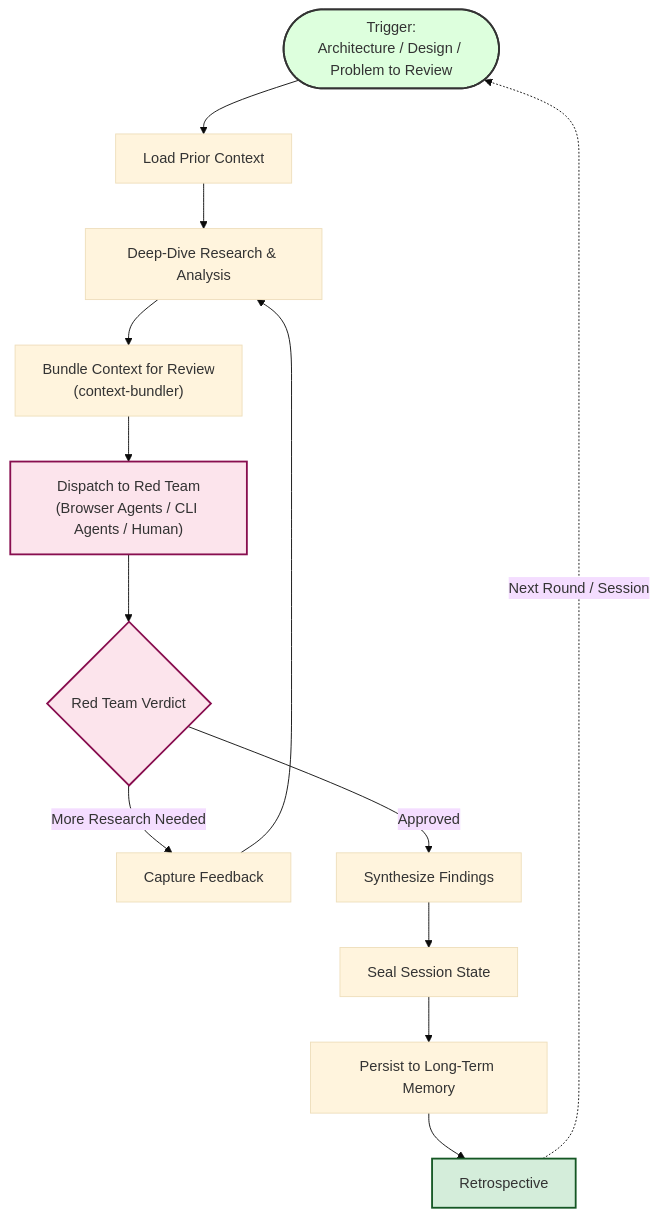
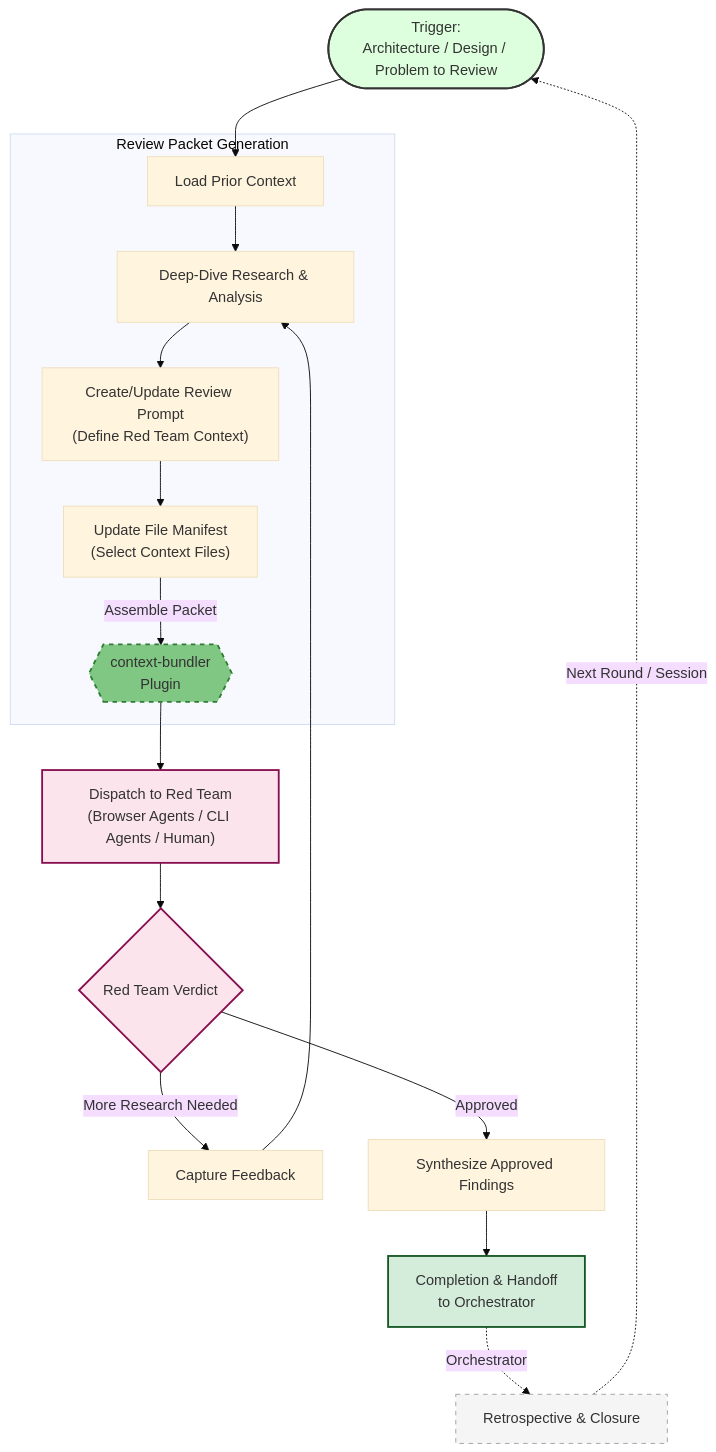
The diagram in plugins/agent-loops/resources/diagrams/red_team_review_loop.mmd (richfrem/InvestmentToolkit), drawn with Mermaid before and after one commit. The commit also changed 192 other files, not shown here.

```diff
--- a/plugins/agent-loops/resources/diagrams/red_team_review_loop.mmd
+++ b/plugins/agent-loops/resources/diagrams/red_team_review_loop.mmd
@@ -1,30 +1,42 @@
 ---
 config:
   theme: base
 ---
 
 %% Pattern 2: Red Team Review Loop
 %% Orchestrated research with iterative adversarial review rounds.
 %% Location: resources/diagrams/red_team_review_loop.mmd
 
 flowchart TB
     Start(["Trigger:<br>Architecture / Design / Problem to Review"])
     Start --> Orient["Load Prior Context"]
-    Orient --> Research["Deep-Dive Research & Analysis"]
-    Research --> Bundle["Bundle Context for Review<br>(context-bundler)"]
-    Bundle --> Dispatch["Dispatch to Red Team<br>(Browser Agents / CLI Agents / Human)"]
+    
+    subgraph Execution["Review Packet Generation"]
+        Research["Deep-Dive Research & Analysis"]
+        Prompt["Create/Update Review Prompt<br>(Define Red Team Context)"]
+        Manifest["Update File Manifest<br>(Select Context Files)"]
+        Bundler{{"context-bundler<br>Plugin"}}
+        
+        Orient --> Research
+        Research --> Prompt
+        Prompt --> Manifest
+        Manifest -->|Assemble Packet| Bundler
+    end
+    
+    Bundler --> Dispatch["Dispatch to Red Team<br>(Browser Agents / CLI Agents / Human)"]
 
     Dispatch --> Review{"Red Team Verdict"}
     Review -- "More Research Needed" --> Feedback["Capture Feedback"]
     Feedback --> Research
-    Review -- "Approved" --> Synthesize["Synthesize Findings"]
+    Review -- "Approved" --> Synthesize["Synthesize Approved Findings"]
 
-    Synthesize --> Seal["Seal Session State"]
-    Seal --> Persist["Persist to Long-Term Memory"]
-    Persist --> Retro["Retrospective"]
-    Retro -.->|"Next Round / Session"| Start
+    Synthesize --> Handoff["Completion & Handoff<br>to Orchestrator"]
+    Handoff -.->|Orchestrator| Next["Retrospective & Closure"]
+    Next -.->|"Next Round / Session"| Start
 
     style Start fill:#dfd,stroke:#333,stroke-width:2px
     style Review fill:#fce4ec,stroke:#880e4f,stroke-width:2px
     style Dispatch fill:#fce4ec,stroke:#880e4f,stroke-width:2px
-    style Retro fill:#d4edda,stroke:#155724,stroke-width:2px
+    style Handoff fill:#d4edda,stroke:#155724,stroke-width:2px
+    style Next fill:#f5f5f5,stroke:#9e9e9e,stroke-width:1px,stroke-dasharray: 5 5
+    style Bundler fill:#81c784,stroke:#2e7d32,stroke-width:2px,stroke-dasharray: 5 5
```
